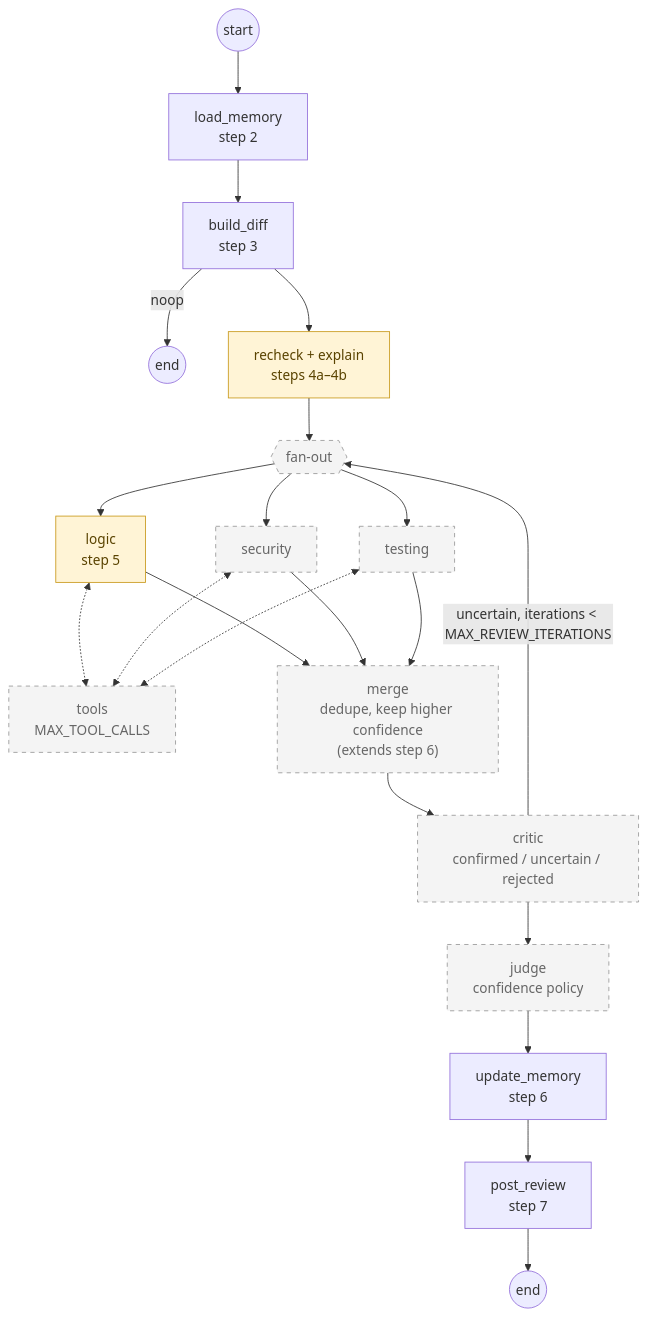
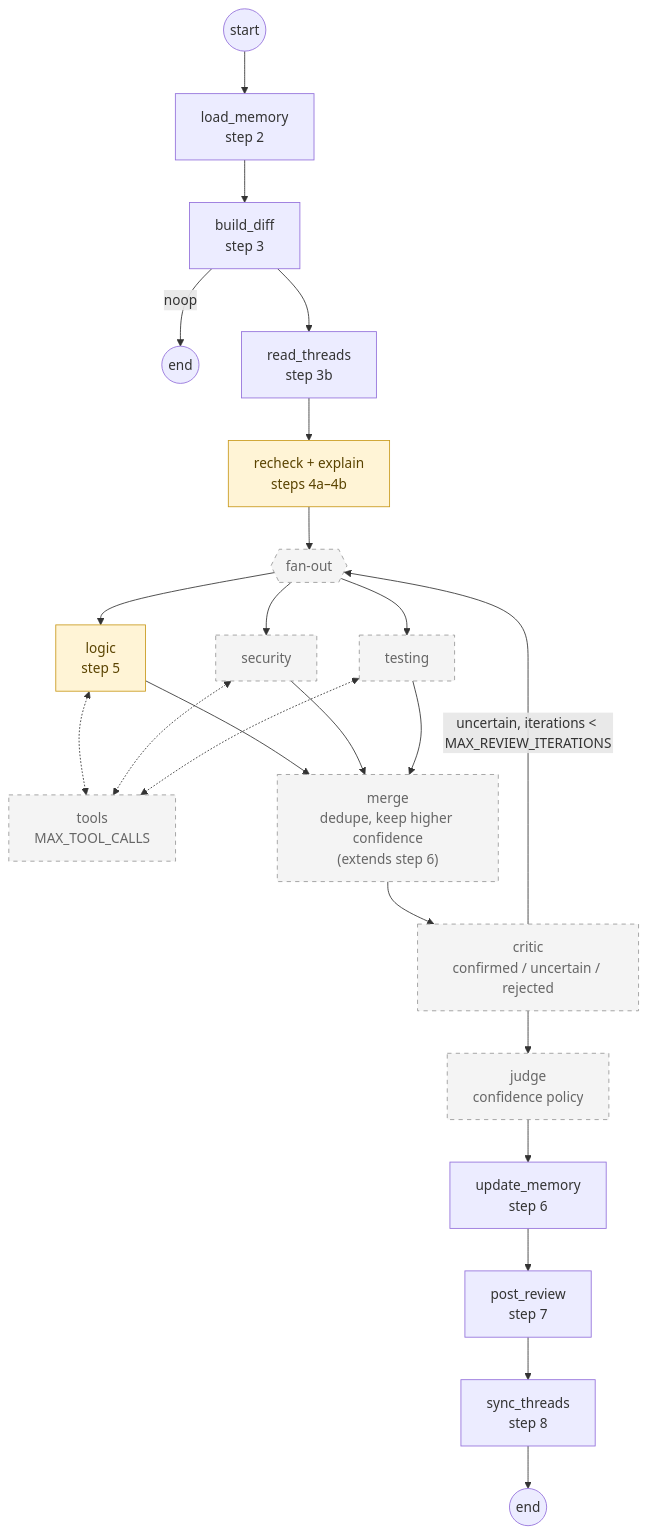
One commit to bryanChatsirichai/github_agentic_pr_reviewer changed diagram 14 of 14 in docs/agentic-pr-review-system-design.v1.md. Above: the diagram before and after it, drawn with Mermaid. The commit also changed other lines of this file and 1 other file, not shown here.

First line of the commit message:
Docs: Bring remaining diagrams and sections in line with Step 9b

````diff
--- a/docs/agentic-pr-review-system-design.v1.md
+++ b/docs/agentic-pr-review-system-design.v1.md
@@ -912,22 +914,24 @@
 ```mermaid
 flowchart TD
     START((start)) --> LM["load_memory<br/>step 2"]
     LM --> BD["build_diff<br/>step 3"]
     BD -->|noop| END1((end))
-    BD --> RC["recheck + explain<br/>steps 4a–4b"]
+    BD --> TH["read_threads<br/>step 3b"]
+    TH --> RC["recheck + explain<br/>steps 4a–4b"]
     RC --> FAN{{"fan-out"}}
     FAN --> LR["logic<br/>step 5"] & SR["security"] & TR["testing"]
     LR & SR & TR <-.-> TOOLS["tools<br/>MAX_TOOL_CALLS"]
     LR & SR & TR --> MG["merge<br/>dedupe, keep higher confidence<br/>(extends step 6)"]
     MG --> CR["critic<br/>confirmed / uncertain / rejected"]
     CR -->|"uncertain, iterations < MAX_REVIEW_ITERATIONS"| FAN
     CR --> JD["judge<br/>confidence policy"]
     JD --> UM["update_memory<br/>step 6"]
     UM --> PO["post_review<br/>step 7"]
-    PO --> END2((end))
+    PO --> SY["sync_threads<br/>step 8"]
+    SY --> END2((end))
 
     classDef llm fill:#fff4d6,stroke:#c99a1d,color:#5a4300
     classDef planned stroke-dasharray: 5 5,fill:#f4f4f4,stroke:#999,color:#666
     class RC,LR llm
     class FAN,SR,TR,TOOLS,MG,CR,JD planned
 ```
````
